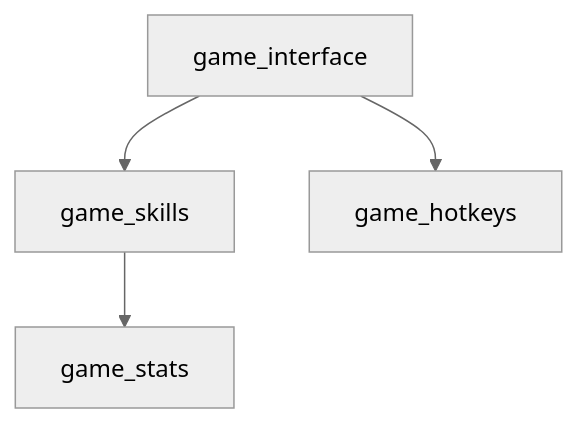
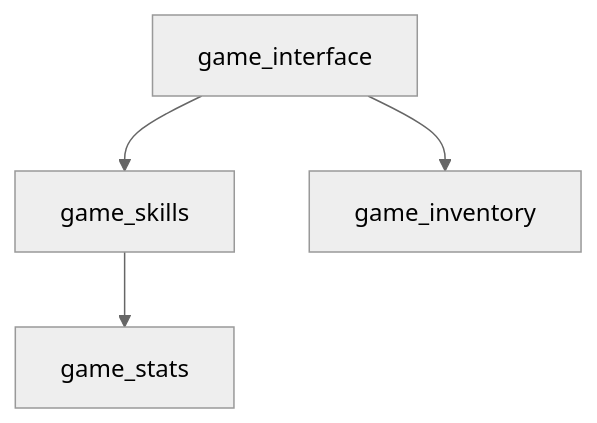
Before and after one commit to lukaszj321/otcv8-dev: the second of 2 diagrams in docs/authoring/_sources/chapter_12_otmod_docs_export_kit_authoring_agent_ready.md, drawn with Mermaid. The commit also changed other lines of this file, not shown here.

````diff
--- a/docs/authoring/_sources/chapter_12_otmod_docs_export_kit_authoring_agent_ready.md
+++ b/docs/authoring/_sources/chapter_12_otmod_docs_export_kit_authoring_agent_ready.md
@@ -312,7 +601,7 @@
-```{mermaid}
+```mermaid
 %%{init: { 'theme': 'neutral' }}%%
 graph TD
   A[game_interface] --> B[game_skills]
-  A --> C[game_hotkeys]
+  A --> C[game_inventory]
   B --> D[game_stats]
 ```
````
